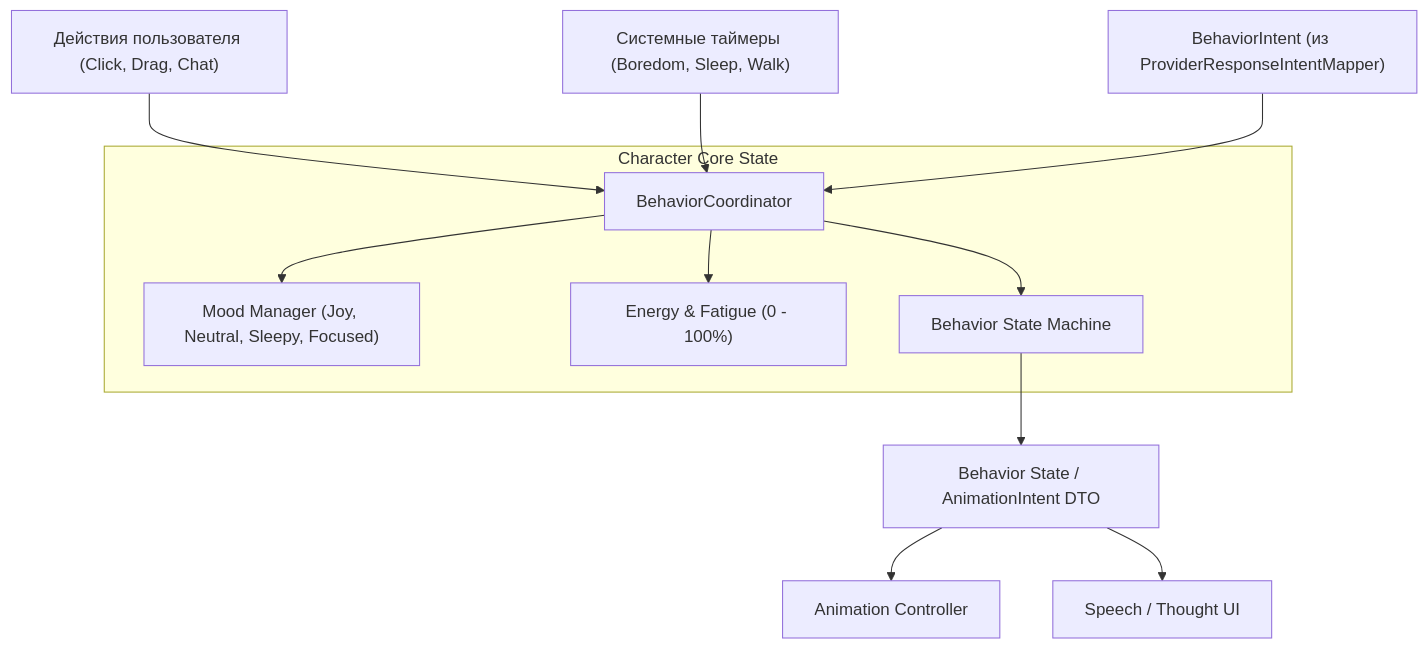
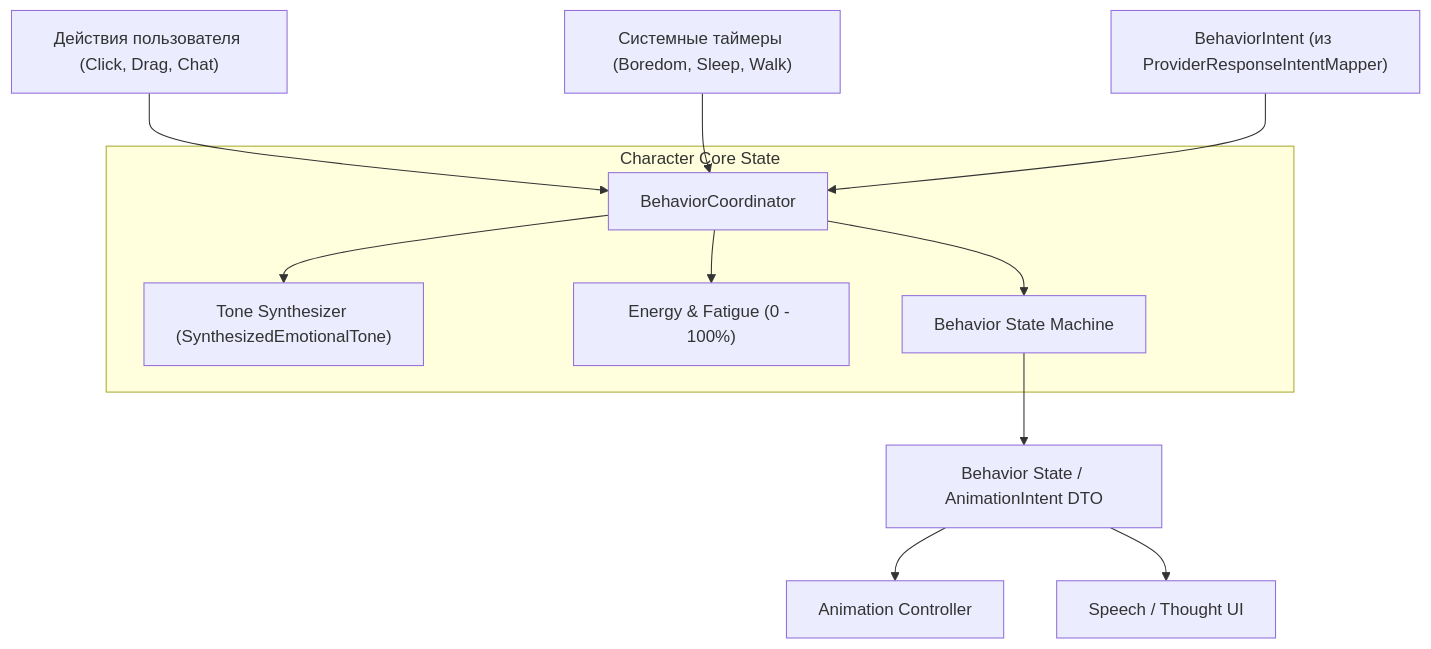
Before and after one commit to zyzycode/project_wisp: the diagram in .agents/skills/character-behavior/SKILL.md, drawn with Mermaid. The commit also changed other lines of this file and 23 other files, not shown here.

Commit message:
feat(phase-11): implement personality presets, derived traits, emotional tone synthesis (P11-T01)

````diff
--- a/.agents/skills/character-behavior/SKILL.md
+++ b/.agents/skills/character-behavior/SKILL.md
@@ -11,16 +11,16 @@
 ```mermaid
 graph TD
     UserStimulus["Действия пользователя (Click, Drag, Chat)"] --> BehaviorCoordinator
     TimerStimulus["Системные таймеры (Boredom, Sleep, Walk)"] --> BehaviorCoordinator
     ProviderIntent["BehaviorIntent (из ProviderResponseIntentMapper)"] --> BehaviorCoordinator
 
     subgraph Character_Core ["Character Core State"]
-        BehaviorCoordinator --> MoodManager["Mood Manager (Joy, Neutral, Sleepy, Focused)"]
+        BehaviorCoordinator --> ToneSynthesizer["Tone Synthesizer (SynthesizedEmotionalTone)"]
         BehaviorCoordinator --> EnergyManager["Energy & Fatigue (0 - 100%)"]
         BehaviorCoordinator --> BehaviorFSM["Behavior State Machine"]
     end
 
     BehaviorFSM --> IntentOutput["Behavior State / AnimationIntent DTO"]
     IntentOutput --> AnimationSubsystem["Animation Controller"]
     IntentOutput --> UISubsystem["Speech / Thought UI"]
 ```
````
